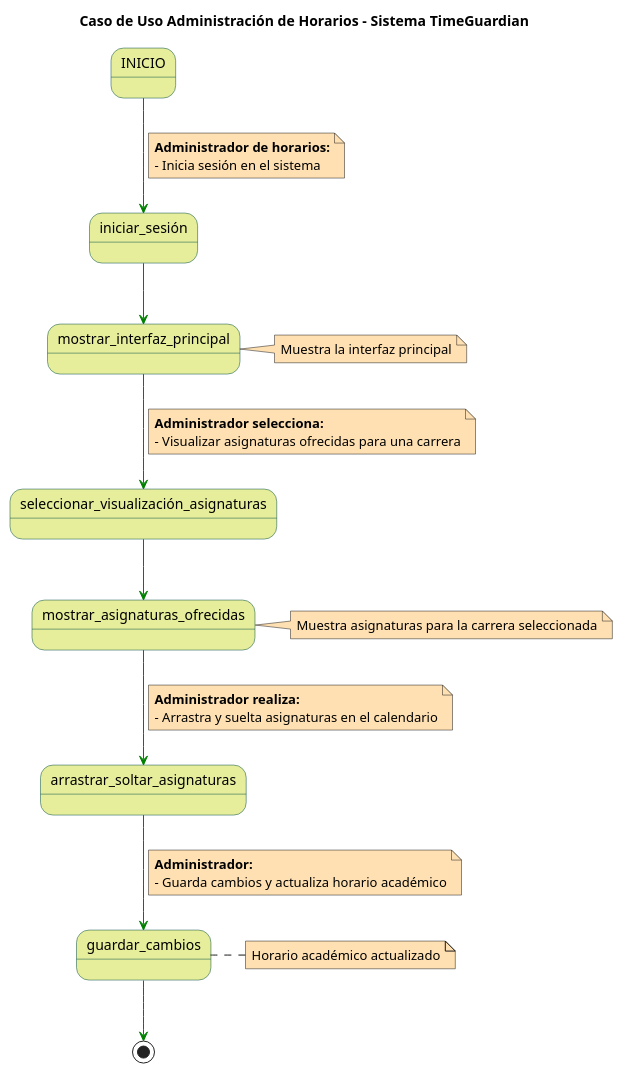
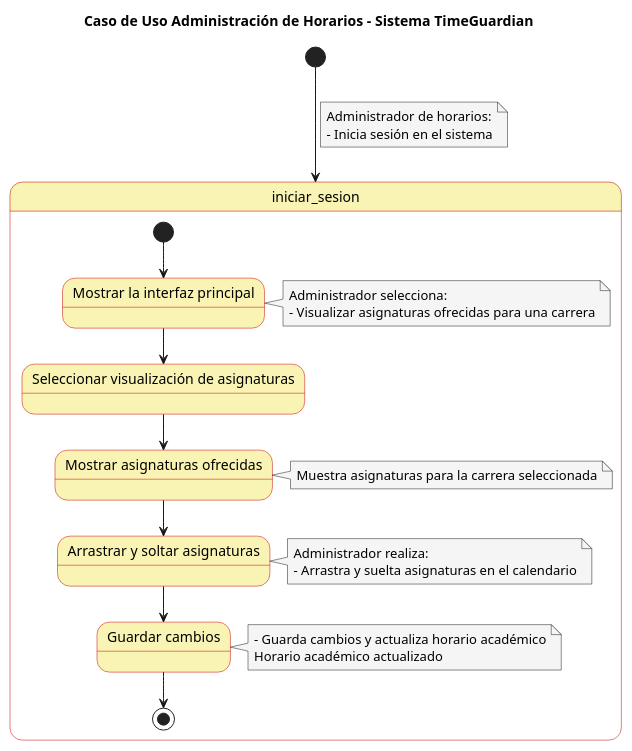
The diagram in Casos de Uso/Detalles Diagrama 1.puml (FernandoWilliam26/23-24-IdSw1-SDR), drawn with PlantUML before and after one commit. The commit also changed 9 other files, not shown here.

```diff
--- a/Casos de Uso/Detalles Diagrama 1.puml
+++ b/Casos de Uso/Detalles Diagrama 1.puml
@@ -1,55 +1,55 @@
 @startuml
 
 skinparam state {
-  BackgroundColor #e6ee9c
-  BorderColor #004d40
+  BackgroundColor #faf4b4
+  BorderColor #c90000
 }
 
 skinparam note {
-  BackgroundColor #ffe0b2
+  BackgroundColor #f5f5f5
 }
-
-skinparam linetype polyline
 
 title Caso de Uso Administración de Horarios - Sistema TimeGuardian
 
-INICIO -[#green]-> iniciar_sesión
+[*] --> iniciar_sesion
 note on link
-  **Administrador de horarios:**
+  Administrador de horarios:
   - Inicia sesión en el sistema
 end note
 
-iniciar_sesión -[#green]-> mostrar_interfaz_principal
-note right of mostrar_interfaz_principal
-  Muestra la interfaz principal
-end note
+state iniciar_sesion {
+  [*] --> mostrar_interfaz_principal
+  state "Mostrar la interfaz principal" as mostrar_interfaz_principal
 
-mostrar_interfaz_principal -[#green]-> seleccionar_visualización_asignaturas
-note on link
-  **Administrador selecciona:**
-  - Visualizar asignaturas ofrecidas para una carrera
-end note
+  mostrar_interfaz_principal --> seleccionar_visualización_asignaturas
+  note right of mostrar_interfaz_principal
+    Administrador selecciona:
+    - Visualizar asignaturas ofrecidas para una carrera
+  end note
 
-seleccionar_visualización_asignaturas -[#green]-> mostrar_asignaturas_ofrecidas
-note right of mostrar_asignaturas_ofrecidas
-  Muestra asignaturas para la carrera seleccionada
-end note
+  state "Seleccionar visualización de asignaturas" as seleccionar_visualización_asignaturas
 
-mostrar_asignaturas_ofrecidas -[#green]-> arrastrar_soltar_asignaturas
-note on link
-  **Administrador realiza:**
-  - Arrastra y suelta asignaturas en el calendario
-end note
+  seleccionar_visualización_asignaturas --> mostrar_asignaturas_ofrecidas
+  state "Mostrar asignaturas ofrecidas" as mostrar_asignaturas_ofrecidas
+  note right of mostrar_asignaturas_ofrecidas
+    Muestra asignaturas para la carrera seleccionada
+  end note
 
-arrastrar_soltar_asignaturas -[#green]-> guardar_cambios
-note on link
-  **Administrador:**
-  - Guarda cambios y actualiza horario académico
-end note
+  mostrar_asignaturas_ofrecidas --> arrastrar_soltar_asignaturas
+  state "Arrastrar y soltar asignaturas" as arrastrar_soltar_asignaturas
+  note right of arrastrar_soltar_asignaturas
+    Administrador realiza:
+    - Arrastra y suelta asignaturas en el calendario
+  end note
 
-guardar_cambios -[#green]-> [*]
-note right of guardar_cambios
-  Horario académico actualizado
-end note
+  arrastrar_soltar_asignaturas --> guardar_cambios
+  state "Guardar cambios" as guardar_cambios
+  note right of guardar_cambios
+    - Guarda cambios y actualiza horario académico
+    Horario académico actualizado
+  end note
+
+  guardar_cambios --> [*]
+}
 
 @enduml
```
